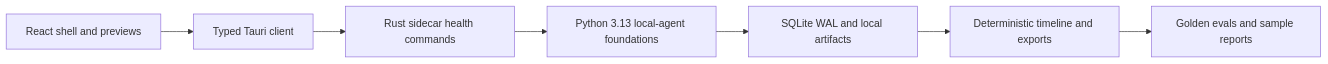
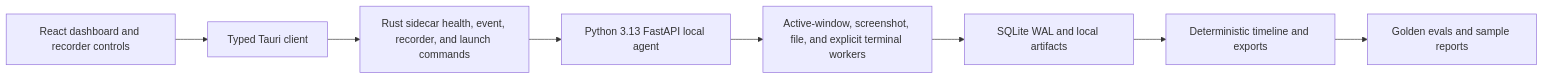
One commit to priyanshuchawda/workaudit-ai changed the diagram in docs/architecture.md. Above: the diagram before and after it, drawn with Mermaid. The commit also changed other lines of this file and 5 other files, not shown here.

Commit message:
feat: add configured sidecar launch path (#68)

````diff
--- a/docs/architecture.md
+++ b/docs/architecture.md
@@ -21,9 +24,10 @@
 ```mermaid
 flowchart LR
-  A["React shell and previews"] --> B["Typed Tauri client"]
-  B --> C["Rust sidecar health commands"]
-  C --> D["Python 3.13 local-agent foundations"]
-  D --> E["SQLite WAL and local artifacts"]
-  E --> F["Deterministic timeline and exports"]
-  F --> G["Golden evals and sample reports"]
+  A["React dashboard and recorder controls"] --> B["Typed Tauri client"]
+  B --> C["Rust sidecar health, event, recorder, and launch commands"]
+  C --> D["Python 3.13 FastAPI local agent"]
+  D --> E["Active-window, screenshot, file, and explicit terminal workers"]
+  E --> F["SQLite WAL and local artifacts"]
+  F --> G["Deterministic timeline and exports"]
+  G --> H["Golden evals and sample reports"]
 ```
````
